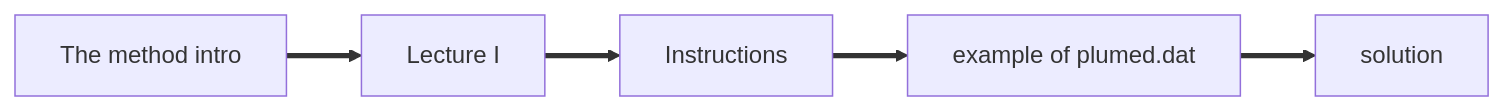
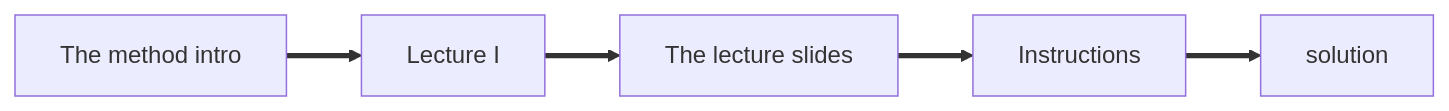
Before and after one commit to adpietropaolo/tutorial: the diagram in navigation.md, drawn with Mermaid.

````diff
--- a/navigation.md
+++ b/navigation.md
@@ -1,12 +1,12 @@
 ```mermaid
 flowchart LR
 A[The method intro] ==> B[Lecture I]
-B ==> C[Instructions]
-C ==> D[example of plumed.dat]
+B ==> C[The lecture slides]
+C ==> D[Instructions]
 D ==> E[solution]
 click A "mypaper" "The paper related to the Multi-replica biased sampling for Trans-cis isomerization in the ground and excited states using PLUMED"
 click B "Slide.pdf" "The lecture slides"
 click C "README.md" "The instructions for the masterclass"
 click D "plumedfile.md" "The example plumed input file"
 click E "notebook.ipynb" "The notebook file"
 ```
````
